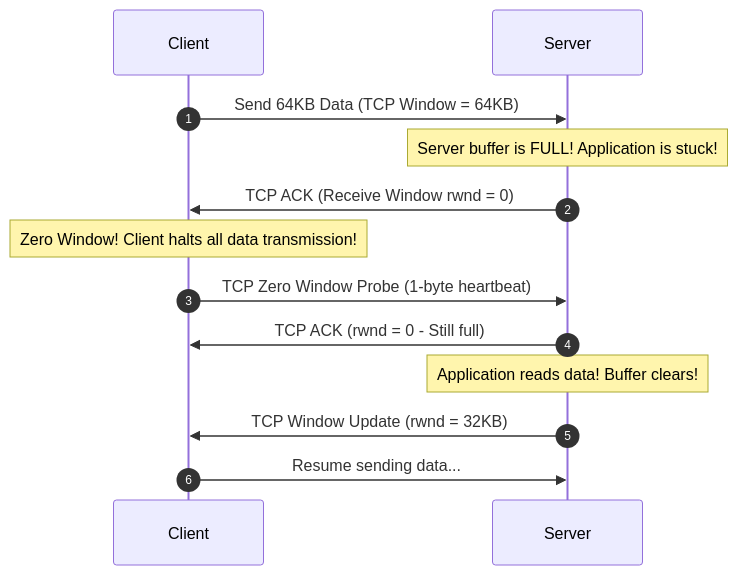
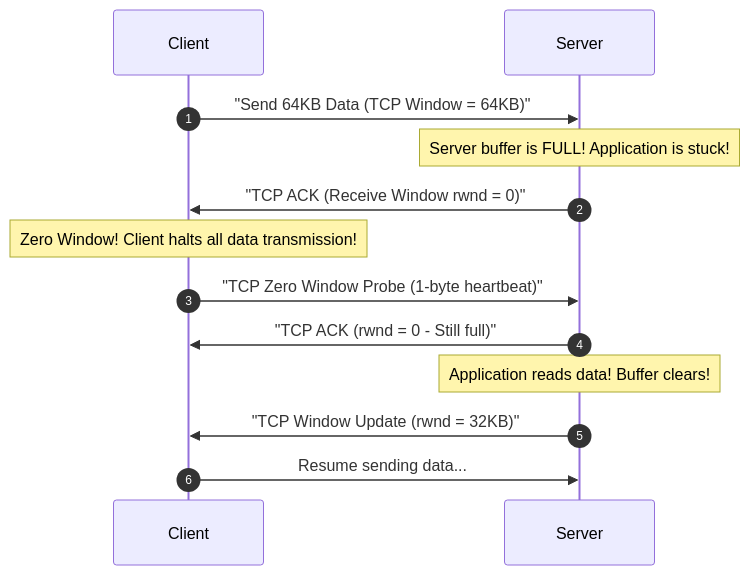
One commit to awoladhossain/awolad-docs changed diagram 26 of 41 in content/networking.md. Above: the diagram before and after it, drawn with Mermaid. The commit also changed other lines of this file, not shown here.

Commit message:
fix: sanitize all sequence diagrams in networking.md by escaping special characters and declaring participants to avoid browser rendering errors

````diff
--- a/content/networking.md
+++ b/content/networking.md
@@ -926,13 +926,13 @@
 ```mermaid
 sequenceDiagram
     autonumber
-    Client->>Server: Send 64KB Data (TCP Window = 64KB)
+    Client->>Server: "Send 64KB Data (TCP Window = 64KB)"
     Note over Server: Server buffer is FULL! Application is stuck!
-    Server->>Client: TCP ACK (Receive Window rwnd = 0)
+    Server->>Client: "TCP ACK (Receive Window rwnd = 0)"
     Note over Client: Zero Window! Client halts all data transmission!
-    Client->>Server: TCP Zero Window Probe (1-byte heartbeat)
-    Server->>Client: TCP ACK (rwnd = 0 - Still full)
+    Client->>Server: "TCP Zero Window Probe (1-byte heartbeat)"
+    Server->>Client: "TCP ACK (rwnd = 0 - Still full)"
     Note over Server: Application reads data! Buffer clears!
-    Server->>Client: TCP Window Update (rwnd = 32KB)
+    Server->>Client: "TCP Window Update (rwnd = 32KB)"
     Client->>Server: Resume sending data...
 ```
````
